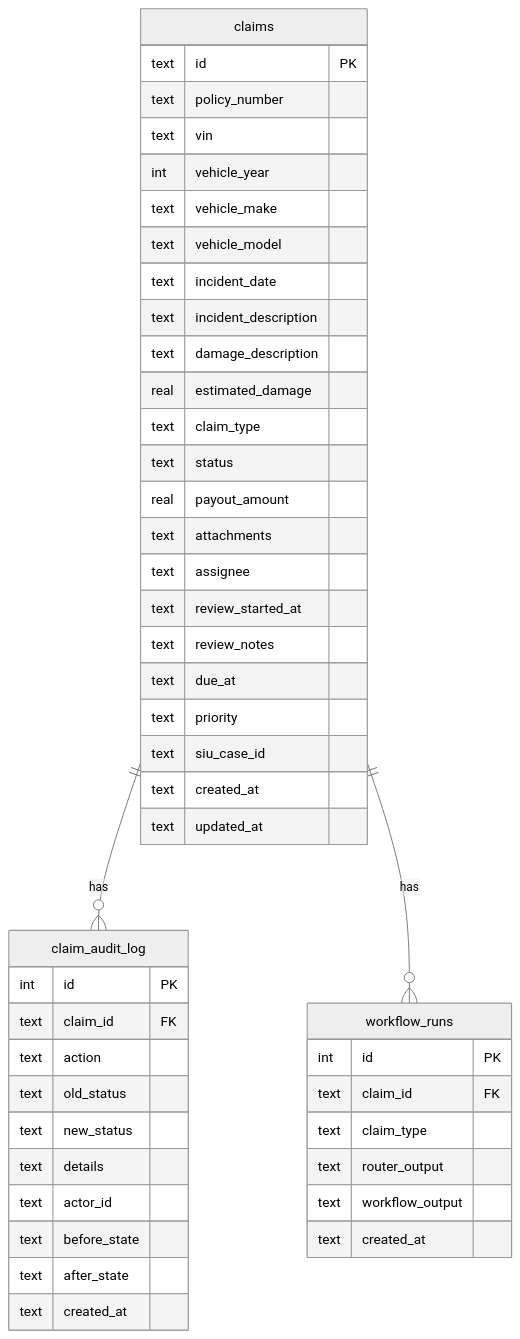
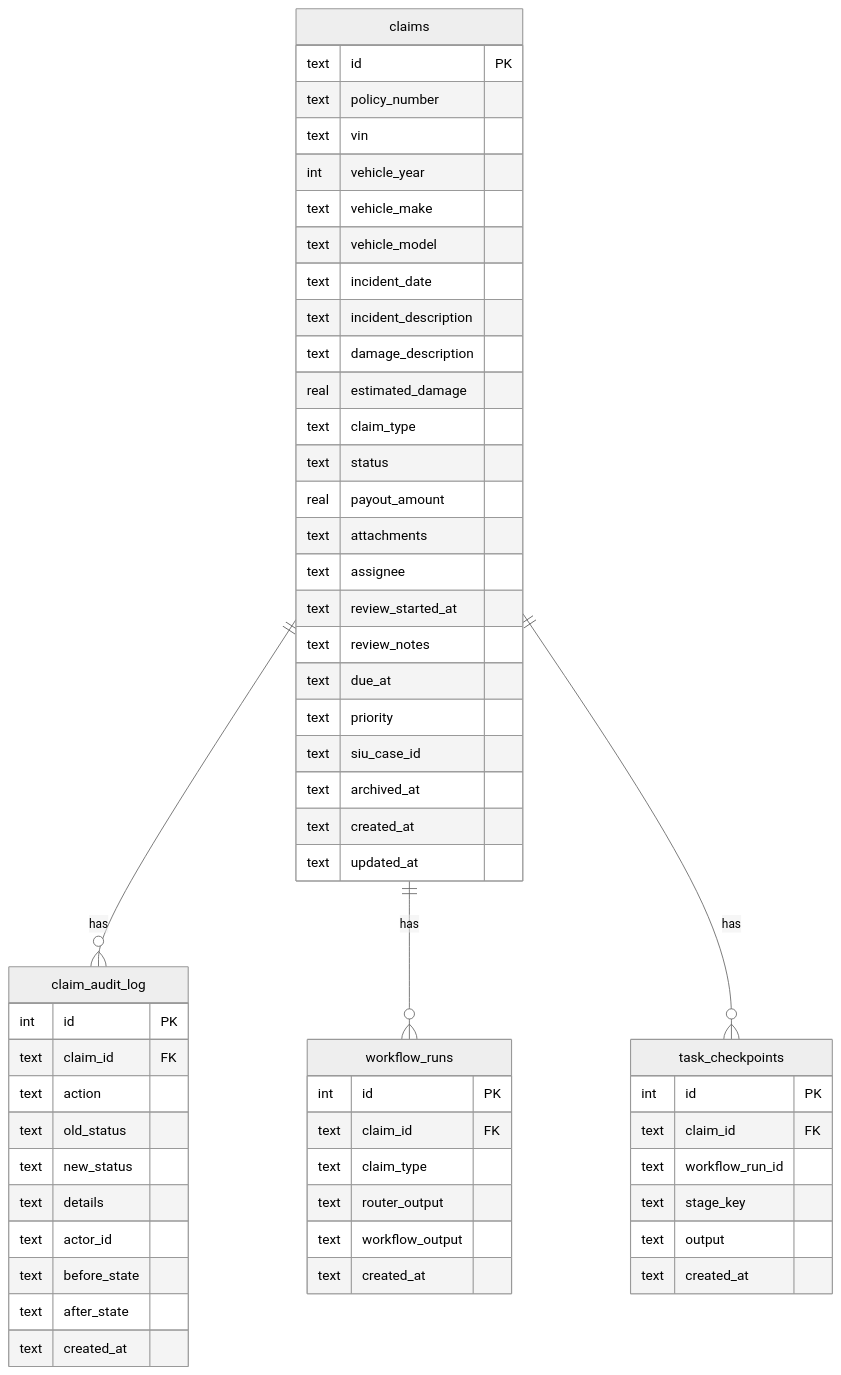
Before and after one commit to csmangum/auto-agent: the diagram in docs/database.md, drawn with Mermaid (neutral theme). The commit also changed other lines of this file and 5 other files, not shown here.

First line of the commit message:
Update documentation for adapters, architecture, crews, database, index, and tools

````diff
--- a/docs/database.md
+++ b/docs/database.md
@@ -29,52 +29,64 @@
 ```mermaid
 erDiagram
     claims ||--o{ claim_audit_log : "has"
     claims ||--o{ workflow_runs : "has"
     
     claims {
         text id PK
         text policy_number
         text vin
         int vehicle_year
         text vehicle_make
         text vehicle_model
         text incident_date
         text incident_description
         text damage_description
         real estimated_damage
         text claim_type
         text status
         real payout_amount
         text attachments
         text assignee
         text review_started_at
         text review_notes
         text due_at
         text priority
         text siu_case_id
+        text archived_at
         text created_at
         text updated_at
     }
+    
+    claims ||--o{ task_checkpoints : "has"
     
     claim_audit_log {
         int id PK
         text claim_id FK
         text action
         text old_status
         text new_status
         text details
         text actor_id
         text before_state
         text after_state
         text created_at
     }
     
     workflow_runs {
         int id PK
         text claim_id FK
         text claim_type
         text router_output
         text workflow_output
         text created_at
     }
+    
+    task_checkpoints {
+        int id PK
+        text claim_id FK
+        text workflow_run_id
+        text stage_key
+        text output
+        text created_at
+    }
 ```
````
